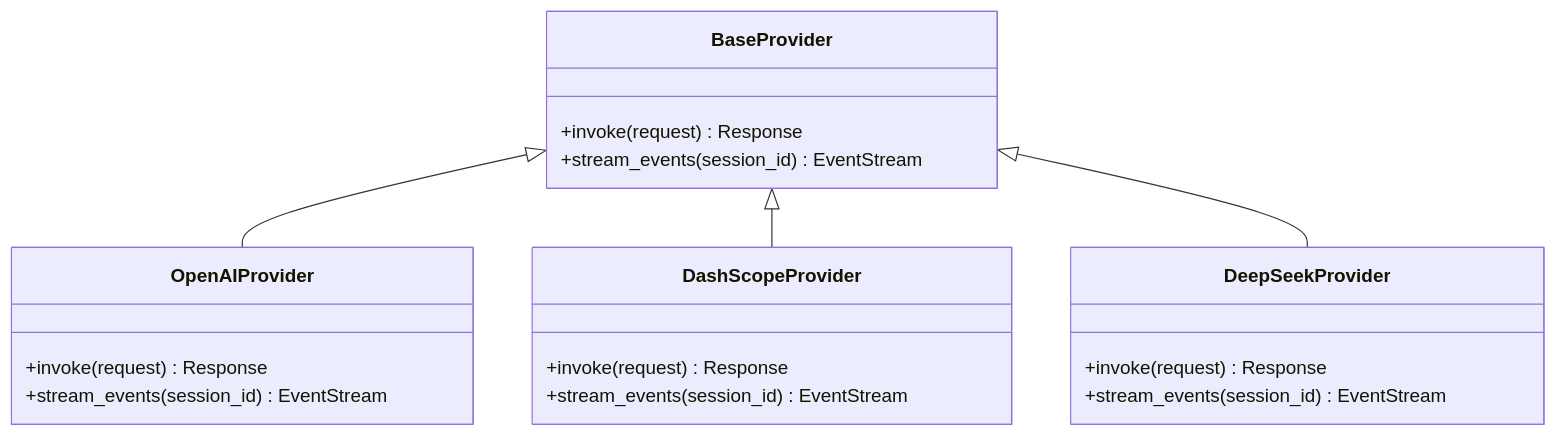
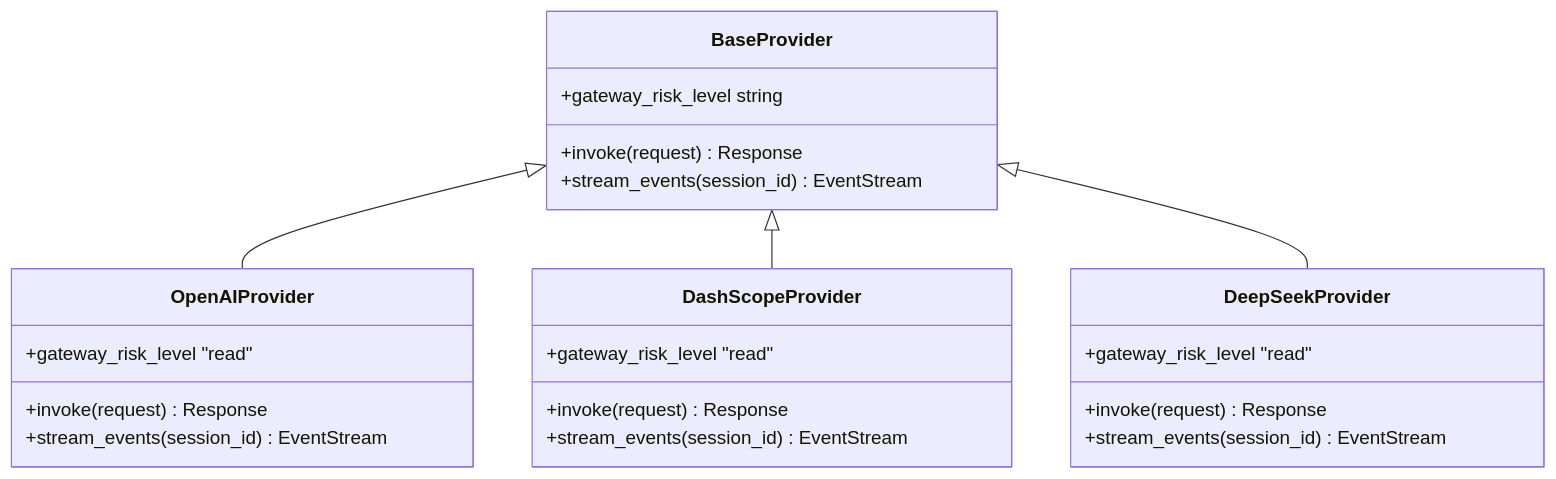
The fourth of 6 diagrams in .qoder/repowiki/en/content/API Reference/Agent Platform API/Agent Platform API.md (metasync/luban-aiops), drawn with Mermaid before and after one commit. The commit also changed other lines of this file and 4 other files, not shown here.

````diff
--- a/.qoder/repowiki/en/content/API Reference/Agent Platform API/Agent Platform API.md
+++ b/.qoder/repowiki/en/content/API Reference/Agent Platform API/Agent Platform API.md
@@ -209,22 +201,26 @@
 ```mermaid
 classDiagram
 class BaseProvider {
 +invoke(request) Response
 +stream_events(session_id) EventStream
++gateway_risk_level string
 }
 class OpenAIProvider {
 +invoke(request) Response
 +stream_events(session_id) EventStream
++gateway_risk_level "read"
 }
 class DashScopeProvider {
 +invoke(request) Response
 +stream_events(session_id) EventStream
++gateway_risk_level "read"
 }
 class DeepSeekProvider {
 +invoke(request) Response
 +stream_events(session_id) EventStream
++gateway_risk_level "read"
 }
 BaseProvider <|-- OpenAIProvider
 BaseProvider <|-- DashScopeProvider
 BaseProvider <|-- DeepSeekProvider
 ```
````
